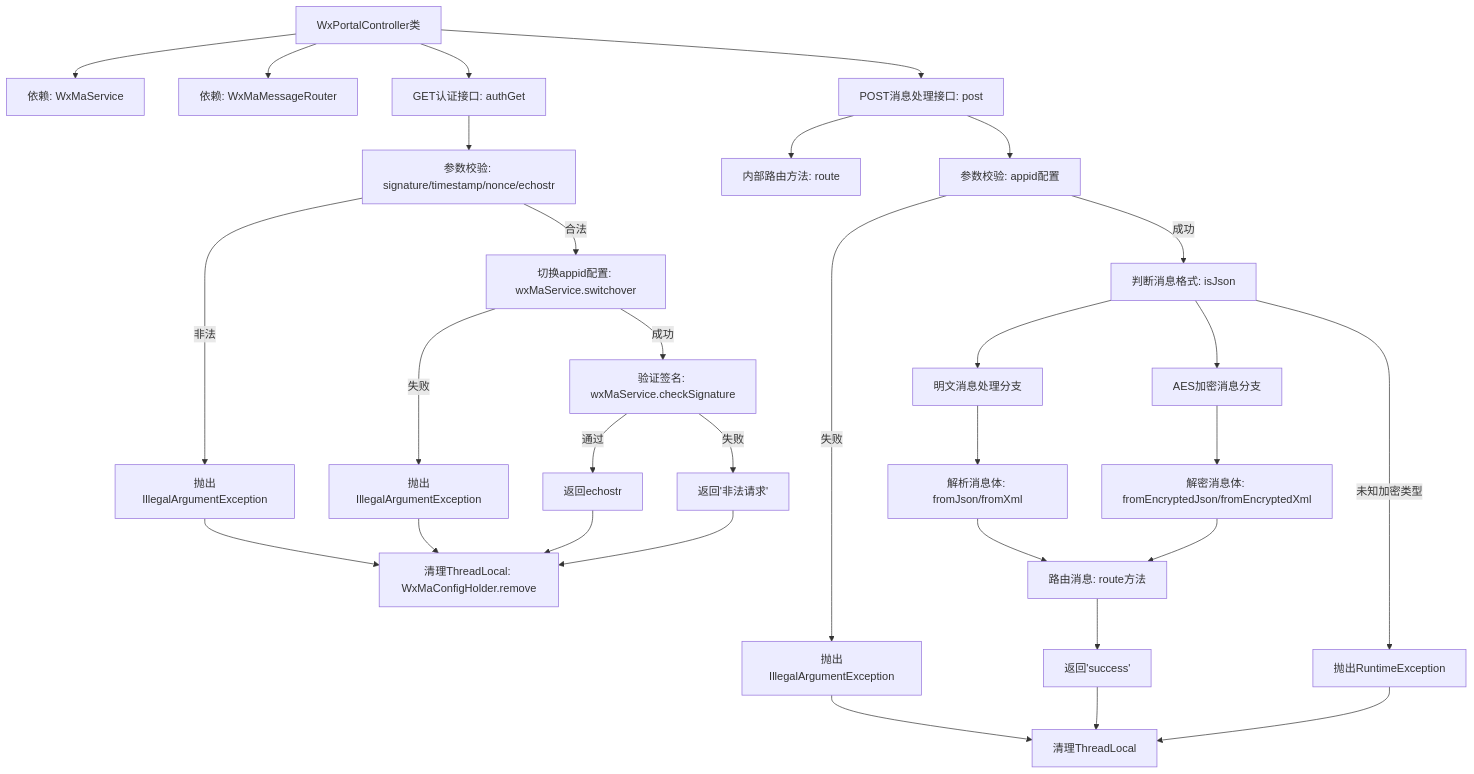
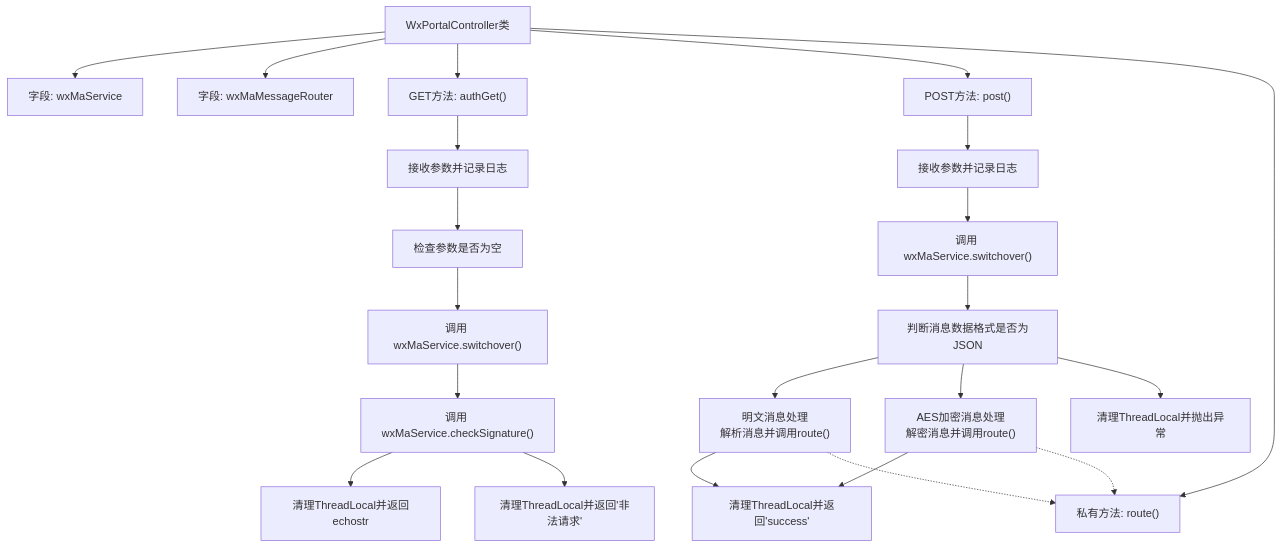
The fourth of 4 diagrams in docs/zh/docs/src/main/java/com/github/binarywang/demo/wx/miniapp/controller/WxPortalController.md (v-wjrong/imrrong_weixin-java-miniapp-demo), drawn with Mermaid before and after one commit. The commit also changed other lines of this file and 51 other files, not shown here.

````diff
--- a/docs/zh/docs/src/main/java/com/github/binarywang/demo/wx/miniapp/controller/WxPortalController.md
+++ b/docs/zh/docs/src/main/java/com/github/binarywang/demo/wx/miniapp/controller/WxPortalController.md
@@ -85,37 +211,49 @@
 ```mermaid
 graph TD
     A["WxPortalController类"]
-    B["GET认证接口: authGet"]
-    C["POST消息处理接口: post"]
-    D["内部路由方法: route"]
-    E["依赖: WxMaService"]
-    F["依赖: WxMaMessageRouter"]
+    B["字段: wxMaService"]
+    C["字段: wxMaMessageRouter"]
+    D["GET方法: authGet()"]
+    E["POST方法: post()"]
+    F["私有方法: route()"]
 
+    G["接收参数并记录日志"]
+    H["检查参数是否为空"]
+    I["调用 wxMaService.switchover()"]
+    J["调用 wxMaService.checkSignature()"]
+    K["清理ThreadLocal并返回echostr"]
+    L["清理ThreadLocal并返回'非法请求'"]
+
+    M["接收参数并记录日志"]
+    N["调用 wxMaService.switchover()"]
+    O["判断消息数据格式是否为JSON"]
+    P["明文消息处理<br>解析消息并调用route()"]
+    Q["AES加密消息处理<br>解密消息并调用route()"]
+    R["清理ThreadLocal并返回'success'"]
+    S["清理ThreadLocal并抛出异常"]
+
+    A --> B
+    A --> C
+    A --> D
     A --> E
     A --> F
-    A --> B
-    A --> C
-    C --> D
 
-    B --> B1["参数校验: signature/timestamp/nonce/echostr"]
-    B1 -->|非法| B2["抛出IllegalArgumentException"]
-    B1 -->|合法| B3["切换appid配置: wxMaService.switchover"]
-    B3 -->|失败| B4["抛出IllegalArgumentException"]
-    B3 -->|成功| B5["验证签名: wxMaService.checkSignature"]
-    B5 -->|通过| B6["返回echostr"]
-    B5 -->|失败| B7["返回'非法请求'"]
-    B6 & B7 & B4 & B2 --> B8["清理ThreadLocal: WxMaConfigHolder.remove"]
+    D --> G
+    G --> H
+    H --> I
+    I --> J
+    J --> K
+    J --> L
 
-    C --> C1["参数校验: appid配置"]
-    C1 -->|失败| C2["抛出IllegalArgumentException"]
-    C1 -->|成功| C3["判断消息格式: isJson"]
-    C3 --> C4["明文消息处理分支"]
-    C3 --> C5["AES加密消息分支"]
-    C4 --> C6["解析消息体: fromJson/fromXml"]
-    C5 --> C7["解密消息体: fromEncryptedJson/fromEncryptedXml"]
-    C6 & C7 --> C8["路由消息: route方法"]
-    C8 --> C9["返回'success'"]
-    C9 & C2 --> C10["清理ThreadLocal"]
-    C3 -->|未知加密类型| C11["抛出RuntimeException"]
-    C11 --> C10
+    E --> M
+    M --> N
+    N --> O
+    O --> P
+    P --> R
+    O --> Q
+    Q --> R
+    O --> S
+
+    P -.-> F
+    Q -.-> F
 ```
````
